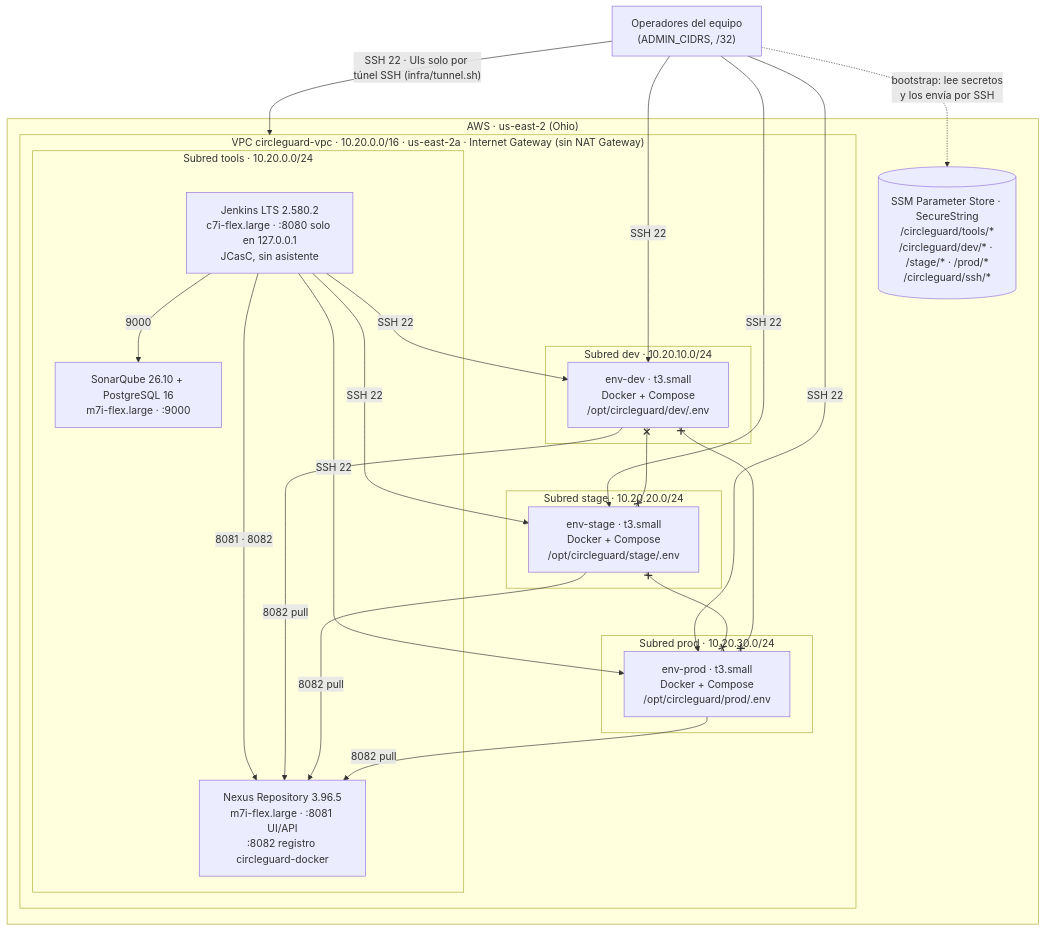
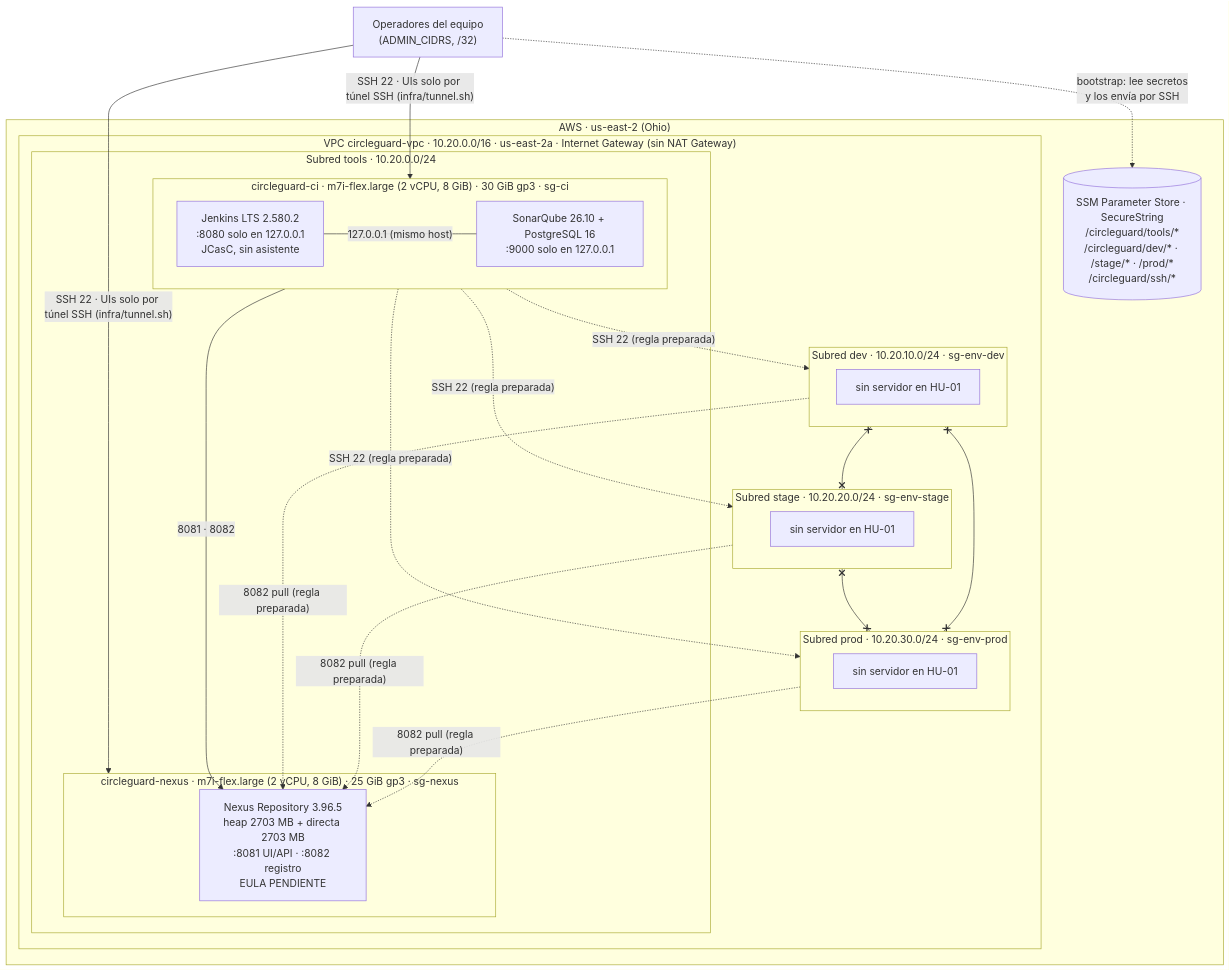
Before and after one commit to ingesoft5/circle-guard-finalproject_A00400179_A00399934_A00399492: the first of 2 diagrams in docs/arquitectura/infra-ambientes.md, drawn with Mermaid. The commit also changed other lines of this file and 18 other files, not shown here.

Commit message:
feat(infra): preparar la topología B de HU-01 (servidores ci y nexus, parada automática y EULA pendiente)

````diff
--- a/docs/arquitectura/infra-ambientes.md
+++ b/docs/arquitectura/infra-ambientes.md
@@ -7,36 +7,39 @@
 ```mermaid
 flowchart TB
     ops["Operadores del equipo<br/>(ADMIN_CIDRS, /32)"]
 
     subgraph aws["AWS · us-east-2 (Ohio)"]
         ssm[("SSM Parameter Store · SecureString<br/>/circleguard/tools/*<br/>/circleguard/dev/* · /stage/* · /prod/*<br/>/circleguard/ssh/*")]
 
         subgraph vpc["VPC circleguard-vpc · 10.20.0.0/16 · us-east-2a · Internet Gateway (sin NAT Gateway)"]
             subgraph tools["Subred tools · 10.20.0.0/24"]
-                jenkins["Jenkins LTS 2.580.2<br/>c7i-flex.large · :8080 solo en 127.0.0.1<br/>JCasC, sin asistente"]
-                sonar["SonarQube 26.10 + PostgreSQL 16<br/>m7i-flex.large · :9000"]
-                nexus["Nexus Repository 3.96.5<br/>m7i-flex.large · :8081 UI/API<br/>:8082 registro circleguard-docker"]
+                subgraph ci["circleguard-ci · m7i-flex.large (2 vCPU, 8 GiB) · 30 GiB gp3 · sg-ci"]
+                    jenkins["Jenkins LTS 2.580.2<br/>:8080 solo en 127.0.0.1<br/>JCasC, sin asistente"]
+                    sonar["SonarQube 26.10 + PostgreSQL 16<br/>:9000 solo en 127.0.0.1"]
+                end
+                subgraph nx["circleguard-nexus · m7i-flex.large (2 vCPU, 8 GiB) · 25 GiB gp3 · sg-nexus"]
+                    nexus["Nexus Repository 3.96.5<br/>heap 2703 MB + directa 2703 MB<br/>:8081 UI/API · :8082 registro<br/>EULA PENDIENTE"]
+                end
             end
-            subgraph dev["Subred dev · 10.20.10.0/24"]
-                envdev["env-dev · t3.small<br/>Docker + Compose<br/>/opt/circleguard/dev/.env"]
+            subgraph dev["Subred dev · 10.20.10.0/24 · sg-env-dev"]
+                envdev["sin servidor en HU-01"]
             end
-            subgraph stage["Subred stage · 10.20.20.0/24"]
-                envstage["env-stage · t3.small<br/>Docker + Compose<br/>/opt/circleguard/stage/.env"]
+            subgraph stage["Subred stage · 10.20.20.0/24 · sg-env-stage"]
+                envstage["sin servidor en HU-01"]
             end
-            subgraph prod["Subred prod · 10.20.30.0/24"]
-                envprod["env-prod · t3.small<br/>Docker + Compose<br/>/opt/circleguard/prod/.env"]
+            subgraph prod["Subred prod · 10.20.30.0/24 · sg-env-prod"]
+                envprod["sin servidor en HU-01"]
             end
         end
     end
 
-    ops -- "SSH 22 · UIs solo por túnel SSH (infra/tunnel.sh)" --> tools
-    ops -- "SSH 22" --> envdev & envstage & envprod
+    ops -- "SSH 22 · UIs solo por túnel SSH (infra/tunnel.sh)" --> ci & nx
     ops -. "bootstrap: lee secretos<br/>y los envía por SSH" .-> ssm
-    jenkins -- "9000" --> sonar
-    jenkins -- "8081 · 8082" --> nexus
-    jenkins -- "SSH 22" --> envdev & envstage & envprod
-    envdev & envstage & envprod -- "8082 pull" --> nexus
-    envdev x--x envstage
-    envstage x--x envprod
-    envdev x--x envprod
+    jenkins -- "127.0.0.1 (mismo host)" --- sonar
+    ci -- "8081 · 8082" --> nexus
+    ci -. "SSH 22 (regla preparada)" .-> dev & stage & prod
+    dev & stage & prod -. "8082 pull (regla preparada)" .-> nexus
+    dev x--x stage
+    stage x--x prod
+    dev x--x prod
 ```
````
